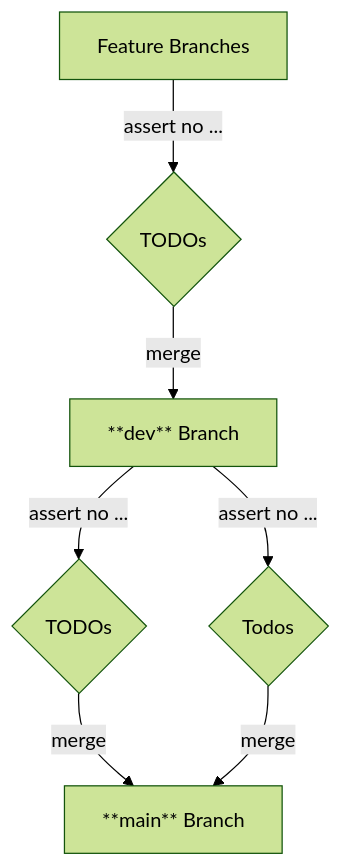
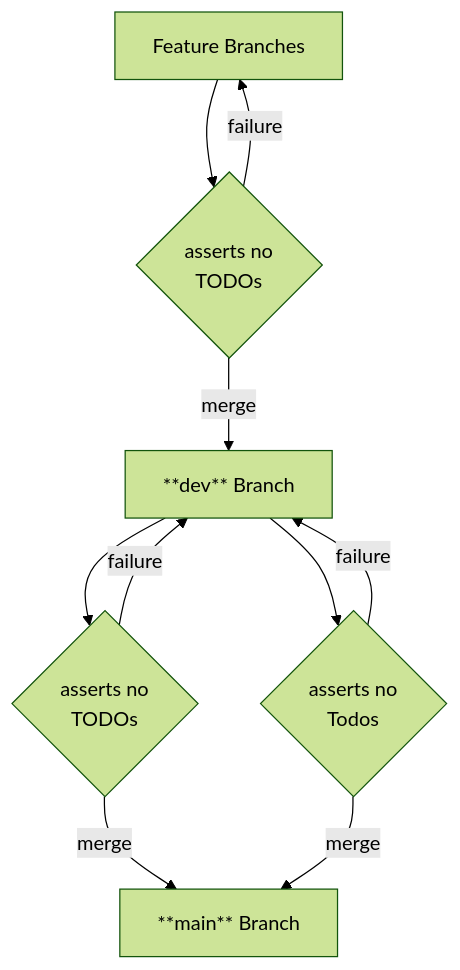
The diagram in README.md (kami-lel/hooks-utility), drawn with Mermaid (forest theme) before and after one commit. The commit also changed other lines of this file, not shown here.

Commit message:
add detailed Annotation Marker check flowchart for TODOs, BUGs, FIXMEs, HACKs, todos in README
[#]README.md

````diff
--- a/README.md
+++ b/README.md
@@ -36,9 +42,15 @@
 ```mermaid
 flowchart TD        
-    feature[Feature Branches] --> |assert no ...| a
-    a{TODOs} -->|merge| dev
-    dev["**dev**" Branch ] -->|assert no ...| b & c
-    b{TODOs} -->|merge| main
-    c{Todos} -->|merge| main
+    feature[Feature Branches] --> a
+    a{"asserts no
+    TODOs"} -->|merge| dev
+    a -->|failure| feature
+    dev["**dev**" Branch ] --> b & c
+    b{"asserts no
+    TODOs"} -->|merge| main
+    b -->|failure| dev
+    c{"asserts no
+    Todos"} -->|merge| main
+    c -->|failure| dev
     main["**main**" Branch ]
 ```
````
